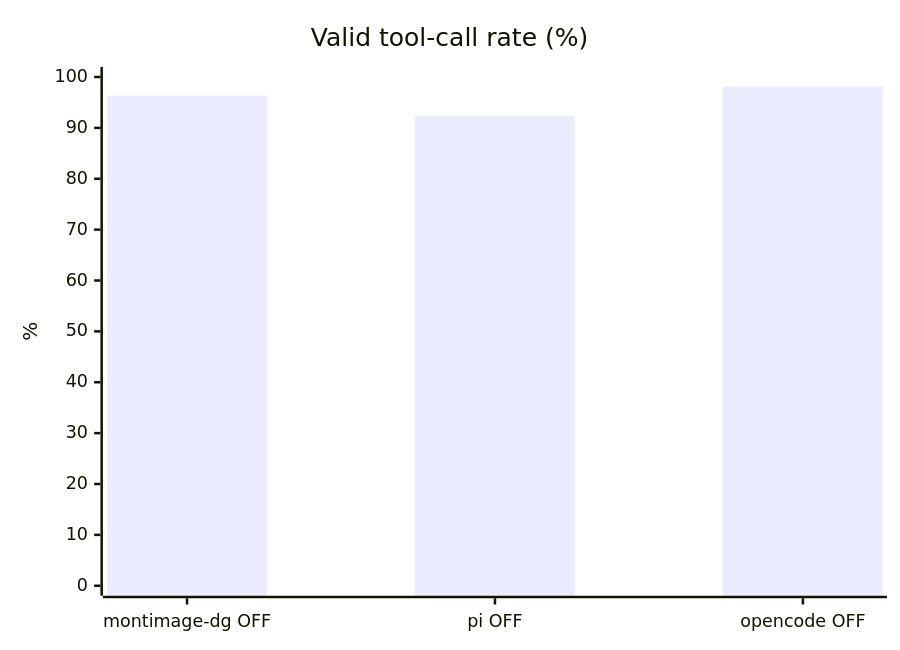
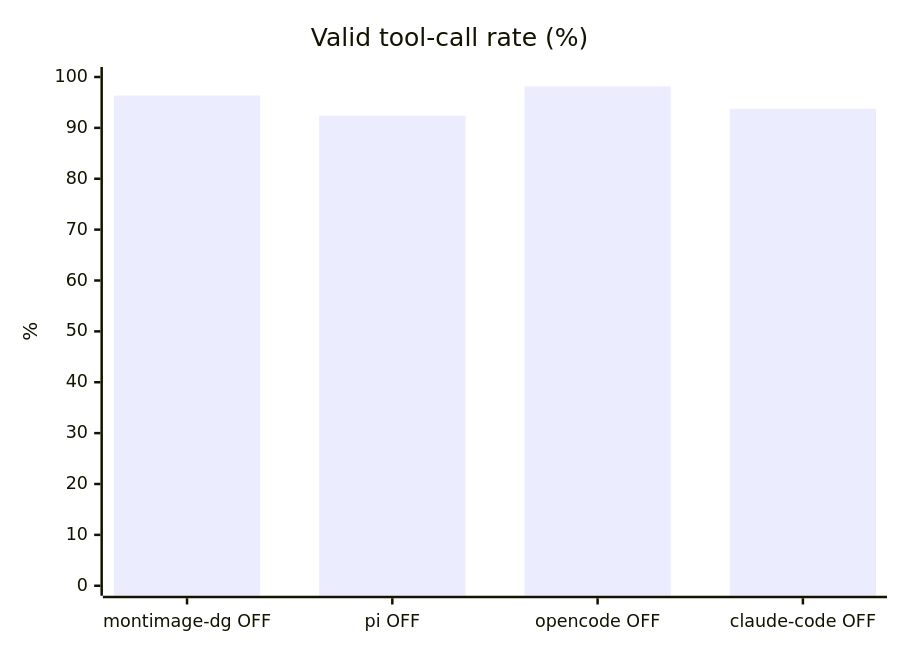
The fifth of 6 diagrams in results/2026-08-20-pi-harness/REPORT-hard.md (luongnv89/dgx-spark-llm-lab), drawn with Mermaid before and after one commit. The commit also changed other lines of this file and 12 other files, not shown here.

First line of the commit message:
Add the Claude Code harness adapter and fold it into the comparison (#1)

````diff
--- a/results/2026-08-20-pi-harness/REPORT-hard.md
+++ b/results/2026-08-20-pi-harness/REPORT-hard.md
@@ -59,7 +62,7 @@
 ```mermaid
 xychart-beta
     title "Valid tool-call rate (%)"
-    x-axis ["montimage-dg OFF", "pi OFF", "opencode OFF"]
+    x-axis ["montimage-dg OFF", "pi OFF", "opencode OFF", "claude-code OFF"]
     y-axis "%" 0 --> 100
-    bar [96.35, 92.41, 98.15]
+    bar [96.35, 92.41, 98.15, 93.75]
 ```
````
